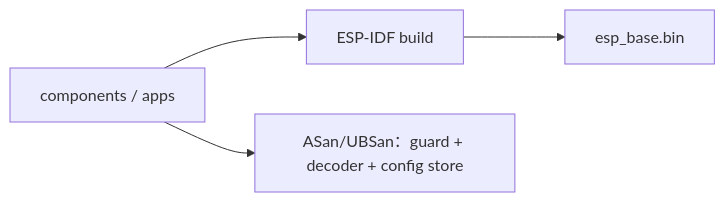
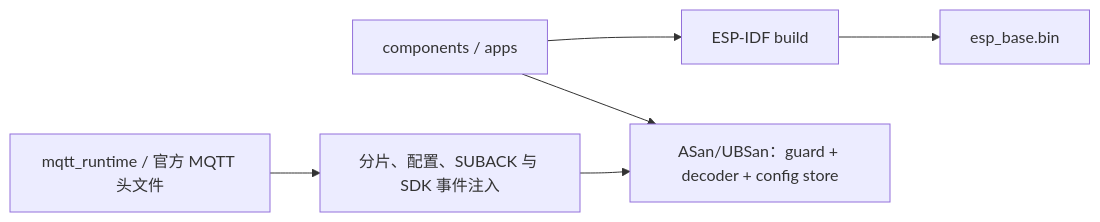
One commit to darren-you/esp-base changed the diagram in firmware/tests/README.md. Above: the diagram before and after it, drawn with Mermaid. The commit also changed other lines of this file and 26 other files, not shown here.

````diff
--- a/firmware/tests/README.md
+++ b/firmware/tests/README.md
@@ -7,6 +7,8 @@
 ```mermaid
 flowchart LR
     sources["components / apps"] --> idf["ESP-IDF build"]
     sources --> host["ASan/UBSan：guard + decoder + config store"]
+    mqtt["mqtt_runtime / 官方 MQTT 头文件"] --> boundary["分片、配置、SUBACK 与 SDK 事件注入"]
+    boundary --> host
     idf --> image["esp_base.bin"]
 ```
````
